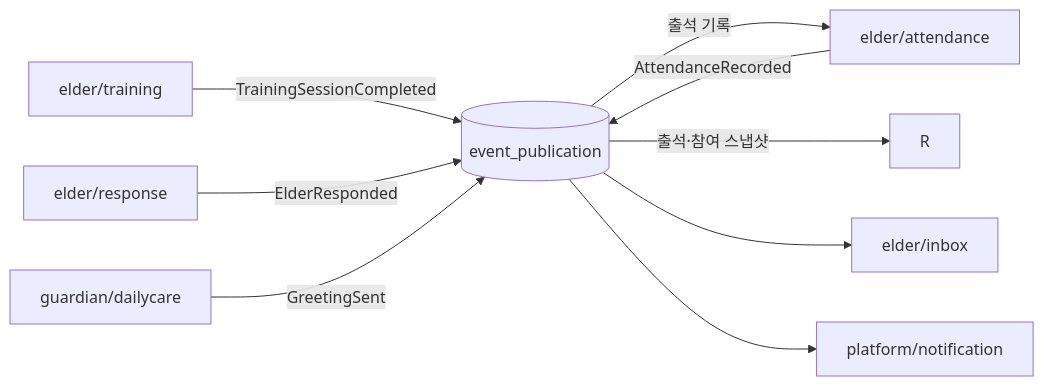
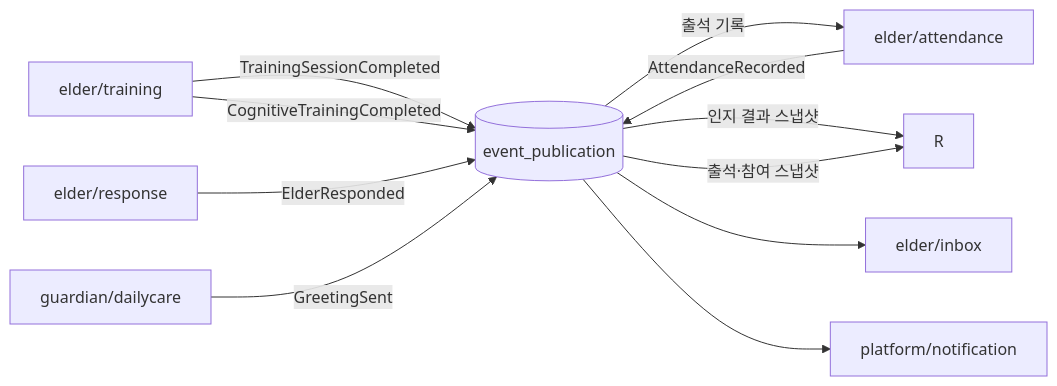
Before and after one commit to memeboomemeboo/haemi-server-v2: the fourth of 5 diagrams in docs/v2-architecture.md, drawn with Mermaid. The commit also changed other lines of this file and 38 other files, not shown here.

````diff
--- a/docs/v2-architecture.md
+++ b/docs/v2-architecture.md
@@ -252,11 +262,13 @@
 ```mermaid
 flowchart LR
     T[elder/training] -->|TrainingSessionCompleted| OB[(event_publication)]
     OB -->|출석 기록| AT[elder/attendance]
+    T -->|CognitiveTrainingCompleted| OB
+    OB -->|인지 결과 스냅샷| R
     AT -->|AttendanceRecorded| OB
     OB -->|출석·참여 스냅샷| R
     RS[elder/response] -->|ElderResponded| OB
     DC[guardian/dailycare] -->|GreetingSent| OB
     OB --> IB[elder/inbox]
     OB --> N[platform/notification]
 ```
````
